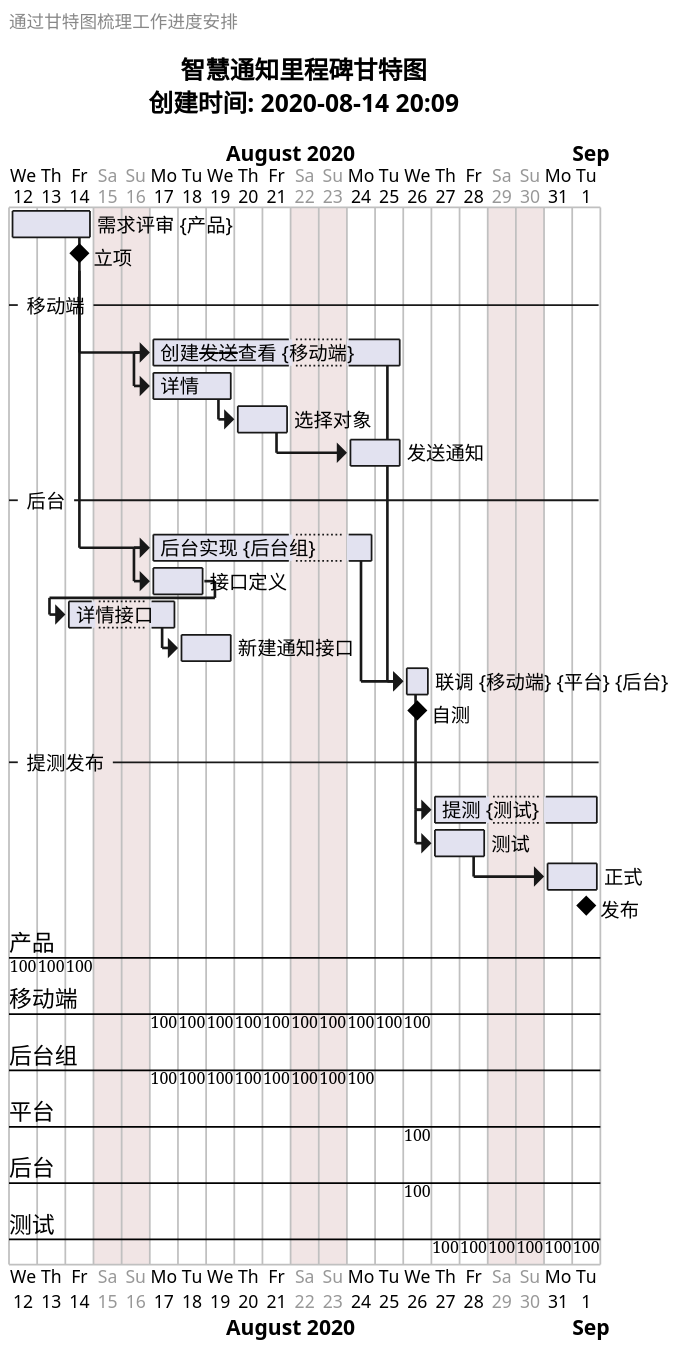
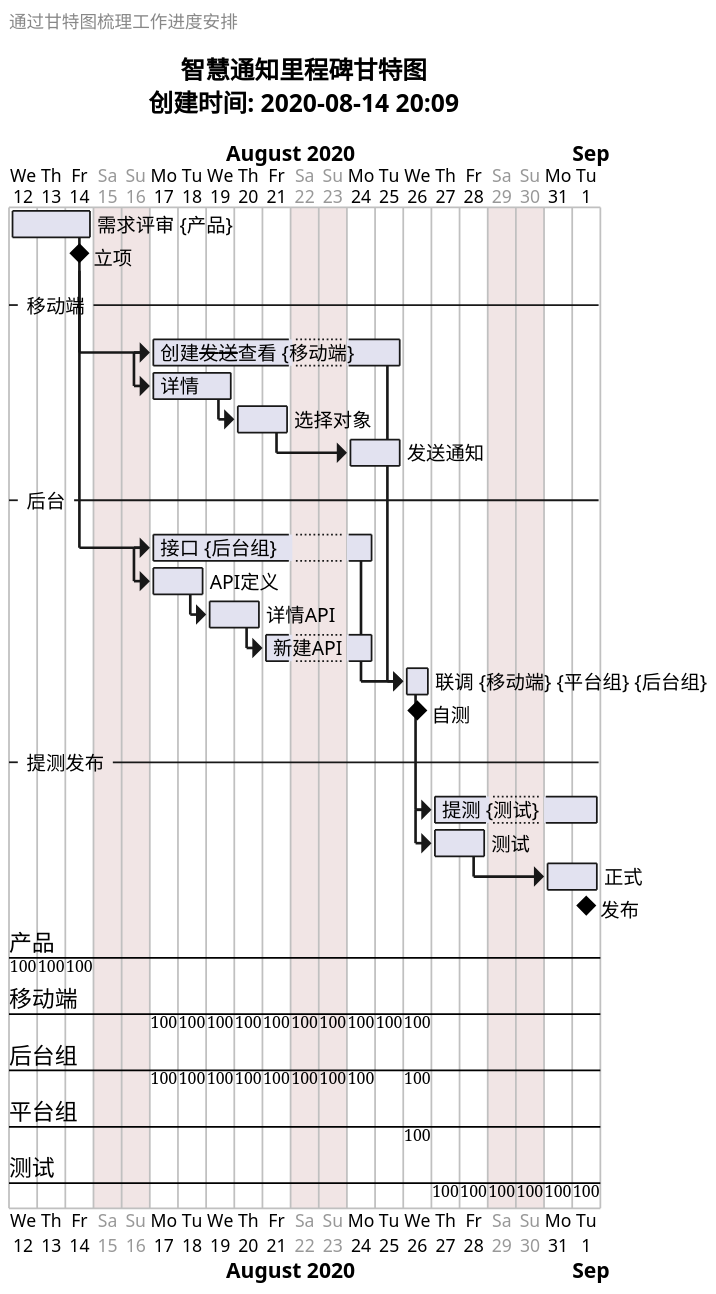
One commit to iT-Boyer/iDocs changed the diagram in uml/zhihuitongzhi/zhtz-gtt.plantuml. Above: the diagram before and after it, drawn with PlantUML.

Commit message:
功能点：update 问题：

```diff
--- a/uml/zhihuitongzhi/zhtz-gtt.plantuml
+++ b/uml/zhihuitongzhi/zhtz-gtt.plantuml
@@ -2,43 +2,44 @@
 @startgantt
 scale 2
 page 1x1
 title
         智慧通知里程碑甘特图
         创建时间: 2020-08-14 20:09
         endtitle
         left header
                 通过甘特图梳理工作进度安排
         endheader
         project starts 2020-08-12
         Sunday are closed
         Saturday are closed
         [需求评审] as [design] on {产品:100%} lasts 3 days
         [立项] happens at [design]'s end
         --移动端--
         then [创建--发送--查看] as [develop] on {移动端:100%} lasts 7 days
         [详情] as [detail] lasts 3 days
         [detail] starts at [develop]'s start
         then [选择对象] lasts 2 days
         then [发送通知]  lasts 2 days
 
         --后台--
-        [后台实现] as [api] on {后台组} lasts 6 days
-        [接口定义] as [define] lasts 2 days
-        then [详情接口] as [detailAPi] lasts 2 days
-        then [新建通知接口] as [newAPI] lasts 2 days
+        [接口] as [api] on {后台组} lasts 6 days
+        [API定义] as [define] lasts 2 days
+        [详情API] as [detailAPi] lasts 2 days
+        [新建API] as [newAPI] lasts 2 days
         design --> api
         [define] starts at [api]'s start
-
-        [联调] as [lt2] on {移动端:100%} {平台} {后台} lasts 1 days
+        define --> detailAPi
+        detailAPi --> newAPI
+        [联调] as [lt2] on {移动端:100%} {平台组} {后台组} lasts 1 days
         [lt2] starts at [develop]'s end
         [lt2] starts at [api]'s end
         [自测] happens at [lt2]'s end
 
         --提测发布--
         [提测] as [test] on {测试:100%} lasts 4 days
         [test] starts at [lt2]'s end
         [测试] as [first] lasts 2 days
         [first] starts at [test]'s start
         then [正式] lasts 2 days
         [发布] happens at [正式]'s end
         @endgantt
```
